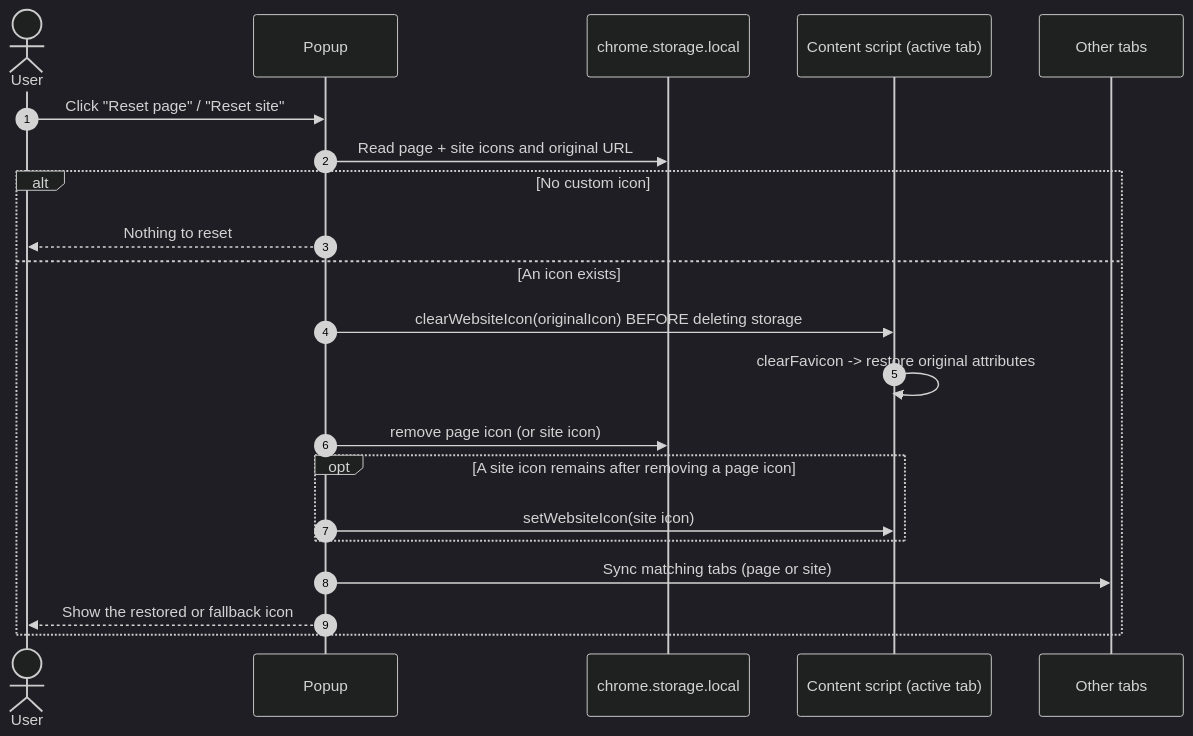
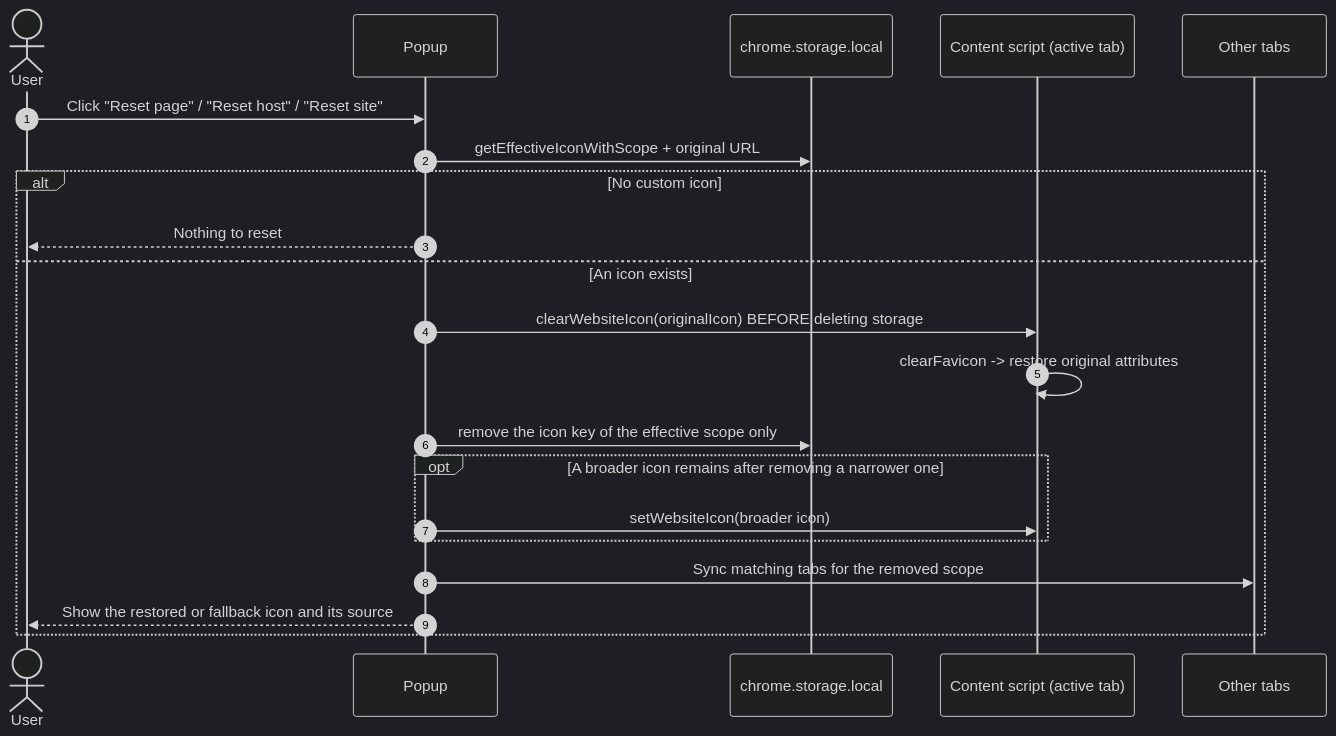
The sixth of 9 diagrams in docs/architecture.md (niexia/customize-tab-icon), drawn with Mermaid (dark theme) before and after one commit. The commit also changed other lines of this file and 13 other files, not shown here.

First line of the commit message:
feat(scope): add a per-host icon scope

````diff
--- a/docs/architecture.md
+++ b/docs/architecture.md
@@ -280,24 +302,24 @@
 ```mermaid
 sequenceDiagram
   autonumber
   actor U as User
   participant P as Popup
   participant S as chrome.storage.local
   participant C as Content script (active tab)
   participant O as Other tabs
 
-  U->>P: Click "Reset page" / "Reset site"
-  P->>S: Read page + site icons and original URL
+  U->>P: Click "Reset page" / "Reset host" / "Reset site"
+  P->>S: getEffectiveIconWithScope + original URL
   alt No custom icon
     P-->>U: Nothing to reset
   else An icon exists
     P->>C: clearWebsiteIcon(originalIcon) BEFORE deleting storage
     C->>C: clearFavicon -> restore original attributes
-    P->>S: remove page icon (or site icon)
-    opt A site icon remains after removing a page icon
-      P->>C: setWebsiteIcon(site icon)
+    P->>S: remove the icon key of the effective scope only
+    opt A broader icon remains after removing a narrower one
+      P->>C: setWebsiteIcon(broader icon)
     end
-    P->>O: Sync matching tabs (page or site)
-    P-->>U: Show the restored or fallback icon
+    P->>O: Sync matching tabs for the removed scope
+    P-->>U: Show the restored or fallback icon and its source
   end
 ```
````
